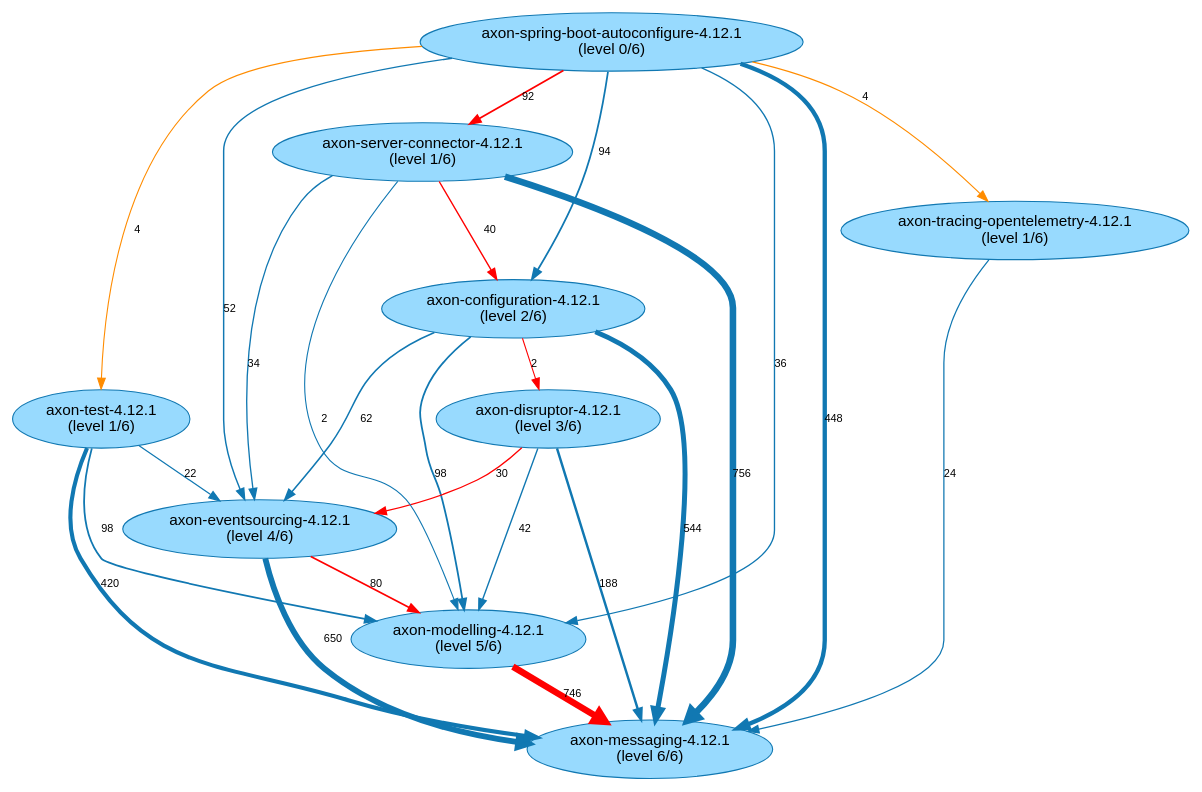
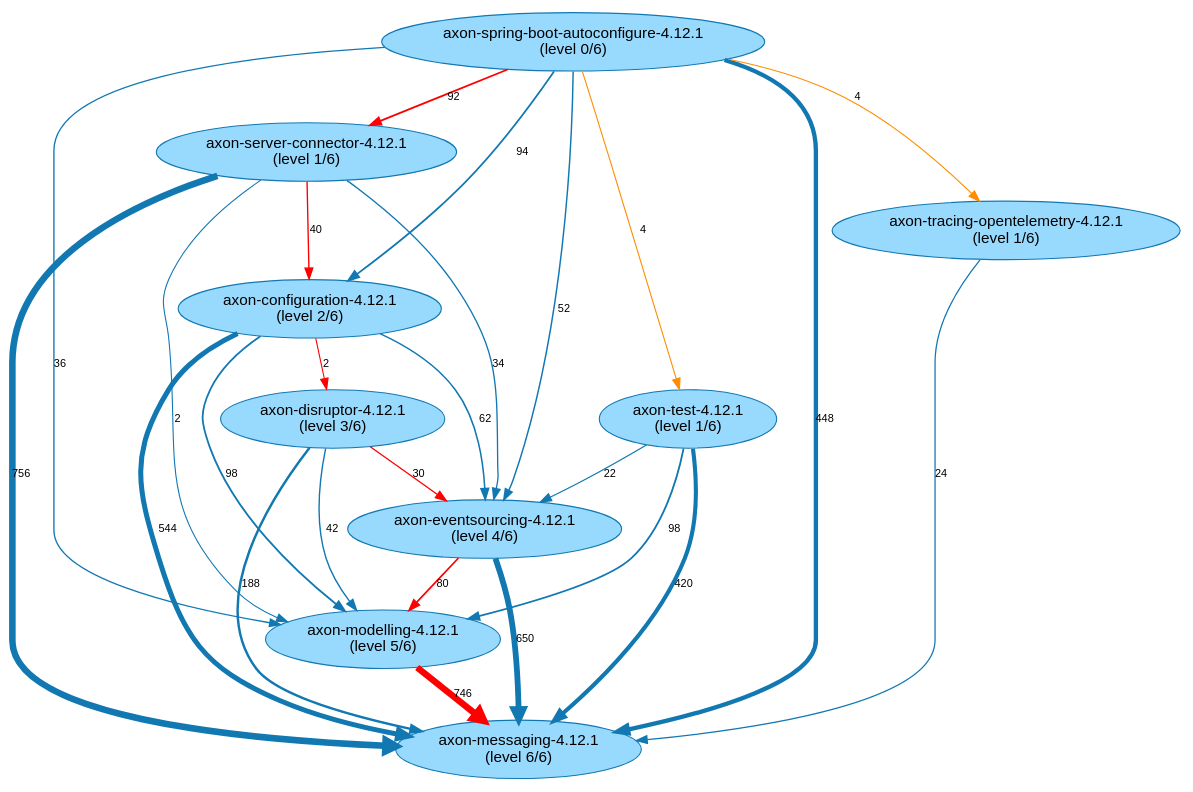
The diagram in analysis-results/AxonFramework/latest/path-finding-visualization/JavaArtifactLongestPaths.gv (JohT/code-graph-analysis-examples), drawn with Graphviz before and after one commit. The commit also changed other lines of this file and 393 other files, not shown here.

```diff
--- a/analysis-results/AxonFramework/latest/path-finding-visualization/JavaArtifactLongestPaths.gv
+++ b/analysis-results/AxonFramework/latest/path-finding-visualization/JavaArtifactLongestPaths.gv
@@ -1,37 +1,37 @@
 // This GraphViz dot file was generated by the script convertQueryResultCsvToGraphVizDotFile.sh with default.template
 
 strict digraph JavaArtifactLongestPaths {
     fontname = "Helvetica,Arial,sans-serif";
     node [fontname = "Helvetica,Arial,sans-serif";];
     edge [fontname = "Helvetica,Arial,sans-serif"; fontsize = 10;];
     node [style = filled; fillcolor = "0.560 0.400 0.999";];
     node [color = "0.560 0.900 0.700";];
     edge [color = "0.560 0.900 0.700";];
 	"axon-configuration-4.12.1\n(level 2/6)" -> "axon-messaging-4.12.1\n(level 6/6)" [label=544; penwidth=4.59; ];
 	"axon-configuration-4.12.1\n(level 2/6)" -> "axon-modelling-4.12.1\n(level 5/6)" [label=98; penwidth=1.64; ];
 	"axon-configuration-4.12.1\n(level 2/6)" -> "axon-eventsourcing-4.12.1\n(level 4/6)" [label=62; penwidth=1.4; ];
 	"axon-configuration-4.12.1\n(level 2/6)" -> "axon-disruptor-4.12.1\n(level 3/6)" [label=2; penwidth=1.0; color="red"; ];
+	"axon-spring-boot-autoconfigure-4.12.1\n(level 0/6)" -> "axon-configuration-4.12.1\n(level 2/6)" [label=94; penwidth=1.61; ];
+	"axon-spring-boot-autoconfigure-4.12.1\n(level 0/6)" -> "axon-messaging-4.12.1\n(level 6/6)" [label=448; penwidth=3.96; ];
+	"axon-spring-boot-autoconfigure-4.12.1\n(level 0/6)" -> "axon-server-connector-4.12.1\n(level 1/6)" [label=92; penwidth=1.6; color="red"; ];
 	"axon-spring-boot-autoconfigure-4.12.1\n(level 0/6)" -> "axon-tracing-opentelemetry-4.12.1\n(level 1/6)" [label=4; penwidth=1.01; ];
-	"axon-spring-boot-autoconfigure-4.12.1\n(level 0/6)" -> "axon-messaging-4.12.1\n(level 6/6)" [label=448; penwidth=3.96; ];
-	"axon-spring-boot-autoconfigure-4.12.1\n(level 0/6)" -> "axon-configuration-4.12.1\n(level 2/6)" [label=94; penwidth=1.61; ];
 	"axon-spring-boot-autoconfigure-4.12.1\n(level 0/6)" -> "axon-eventsourcing-4.12.1\n(level 4/6)" [label=52; penwidth=1.33; ];
-	"axon-spring-boot-autoconfigure-4.12.1\n(level 0/6)" -> "axon-server-connector-4.12.1\n(level 1/6)" [label=92; penwidth=1.6; color="red"; ];
 	"axon-spring-boot-autoconfigure-4.12.1\n(level 0/6)" -> "axon-modelling-4.12.1\n(level 5/6)" [label=36; penwidth=1.23; ];
 	"axon-spring-boot-autoconfigure-4.12.1\n(level 0/6)" -> "axon-test-4.12.1\n(level 1/6)" [label=4; penwidth=1.01; ];
 	"axon-tracing-opentelemetry-4.12.1\n(level 1/6)" -> "axon-messaging-4.12.1\n(level 6/6)" [label=24; penwidth=1.15; ];
 	"axon-eventsourcing-4.12.1\n(level 4/6)" -> "axon-messaging-4.12.1\n(level 6/6)" [label=650; penwidth=5.3; ];
 	"axon-eventsourcing-4.12.1\n(level 4/6)" -> "axon-modelling-4.12.1\n(level 5/6)" [label=80; penwidth=1.52; color="red"; ];
 	"axon-server-connector-4.12.1\n(level 1/6)" -> "axon-messaging-4.12.1\n(level 6/6)" [label=756; penwidth=6.0; ];
 	"axon-server-connector-4.12.1\n(level 1/6)" -> "axon-configuration-4.12.1\n(level 2/6)" [label=40; penwidth=1.25; color="red"; ];
 	"axon-server-connector-4.12.1\n(level 1/6)" -> "axon-eventsourcing-4.12.1\n(level 4/6)" [label=34; penwidth=1.21; ];
 	"axon-server-connector-4.12.1\n(level 1/6)" -> "axon-modelling-4.12.1\n(level 5/6)" [label=2; penwidth=1.0; ];
 	"axon-modelling-4.12.1\n(level 5/6)" -> "axon-messaging-4.12.1\n(level 6/6)" [label=746; penwidth=5.93; color="red"; ];
 	"axon-disruptor-4.12.1\n(level 3/6)" -> "axon-eventsourcing-4.12.1\n(level 4/6)" [label=30; penwidth=1.19; color="red"; ];
 	"axon-disruptor-4.12.1\n(level 3/6)" -> "axon-messaging-4.12.1\n(level 6/6)" [label=188; penwidth=2.23; ];
 	"axon-disruptor-4.12.1\n(level 3/6)" -> "axon-modelling-4.12.1\n(level 5/6)" [label=42; penwidth=1.27; ];
 	"axon-test-4.12.1\n(level 1/6)" -> "axon-messaging-4.12.1\n(level 6/6)" [label=420; penwidth=3.77; ];
 	"axon-test-4.12.1\n(level 1/6)" -> "axon-modelling-4.12.1\n(level 5/6)" [label=98; penwidth=1.64; ];
 	"axon-test-4.12.1\n(level 1/6)" -> "axon-eventsourcing-4.12.1\n(level 4/6)" [label=22; penwidth=1.13; ];
 	"axon-spring-boot-autoconfigure-4.12.1\n(level 0/6)" -> "axon-tracing-opentelemetry-4.12.1\n(level 1/6)" [label=4; penwidth=1.01; color="darkorange"; ];
 	"axon-spring-boot-autoconfigure-4.12.1\n(level 0/6)" -> "axon-test-4.12.1\n(level 1/6)" [label=4; penwidth=1.01; color="darkorange"; ];
 }
```
